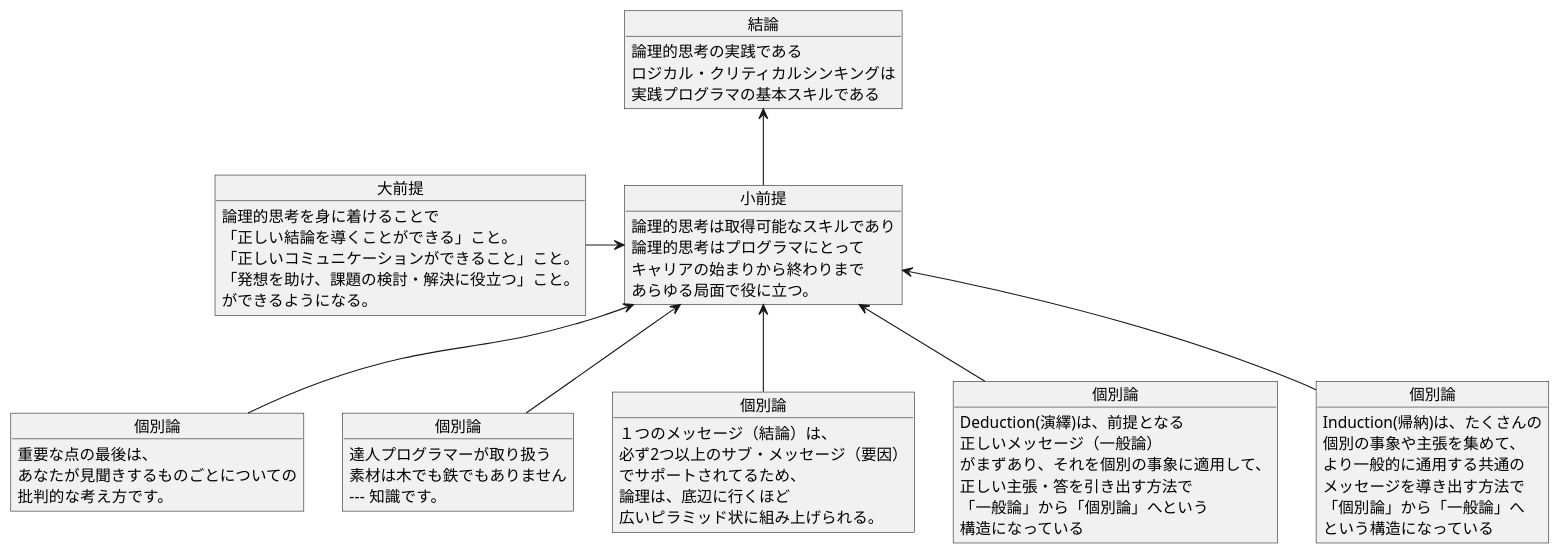
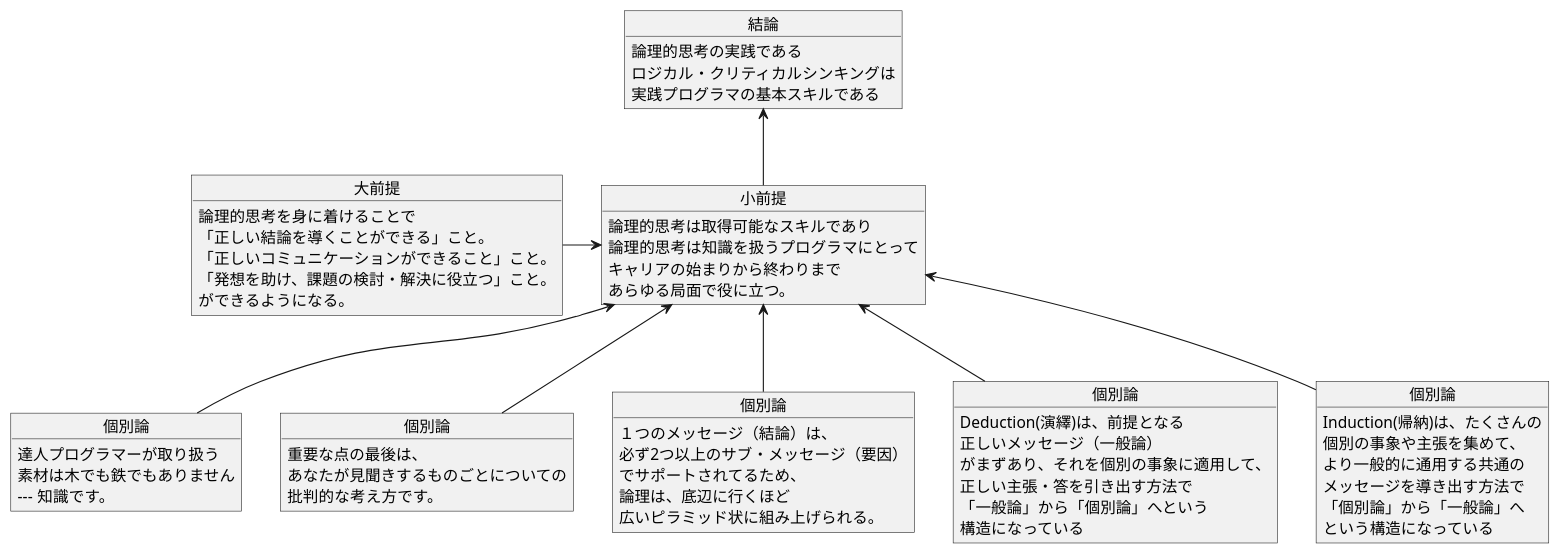
One commit to k2works/pragmatic-presentation-exercise-2024 changed diagram 30 of 30 in docs/slides/WIP.md. Above: the diagram before and after it, drawn with PlantUML. The commit also changed other lines of this file and 1 other file, not shown here.

````diff
--- a/docs/slides/WIP.md
+++ b/docs/slides/WIP.md
@@ -1081,66 +1096,66 @@
 ```plantuml
 @startuml
 
 object "結論" as A {
 	論理的思考の実践である
   ロジカル・クリティカルシンキングは
 	実践プログラマの基本スキルである
 }
 object "小前提" as B {
 	論理的思考は取得可能なスキルであり
-	論理的思考はプログラマにとって
+	論理的思考は知識を扱うプログラマにとって
 	キャリアの始まりから終わりまで
 	あらゆる局面で役に立つ。
 }
 object "大前提" as C {
 	論理的思考を身に着けることで
 	「正しい結論を導くことができる」こと。
 	「正しいコミュニケーションができること」こと。
 	「発想を助け、課題の検討・解決に役立つ」こと。
   ができるようになる。
 }
 A <-- B
 C -> B
 
 object "個別論" as B_1 {
+   達人プログラマーが取り扱う
+	 素材は木でも鉄でもありません
+   --- 知識です。
+}
+object "個別論" as B_2 {
    重要な点の最後は、
 	 あなたが見聞きするものごとについての
 	 批判的な考え方です。
-}
-object "個別論" as B_2 {
-   達人プログラマーが取り扱う
-	 素材は木でも鉄でもありません
-   --- 知識です。
 }
 object "個別論" as B_3 {
 	１つのメッセージ（結論）は、
 	必ず2つ以上のサブ・メッセージ（要因）
 	でサポートされてるため、
 	論理は、底辺に行くほど
 	広いピラミッド状に組み上げられる。
 }
 object "個別論" as B_4 {
 	Deduction(演繹)は、前提となる
 	正しいメッセージ（一般論）
 	がまずあり、それを個別の事象に適用して、
 	正しい主張・答を引き出す方法で
 	「一般論」から「個別論」へという
 	構造になっている
 }
 object "個別論" as B_5 {
 	Induction(帰納)は、たくさんの
 	個別の事象や主張を集めて、
 	より一般的に通用する共通の
 	メッセージを導き出す方法で
 	「個別論」から「一般論」へ
 	という構造になっている
 }
 
 B <-- B_1
 B <-- B_2
 B <-- B_3
 B <-- B_4
 B <-- B_5
 
 @enduml
 ```
````
